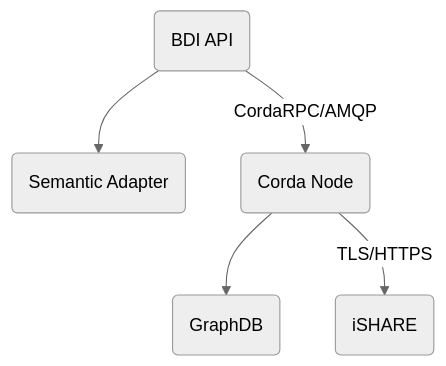
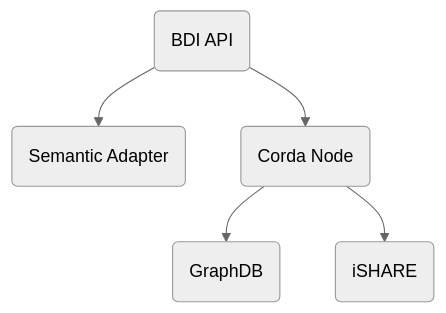
Before and after one commit to federatedplatforms/FEDeRATED-BDI: the diagram in README.md, drawn with Mermaid (neutral theme). The commit also changed other lines of this file and 1 other file, not shown here.

````diff
--- a/README.md
+++ b/README.md
@@ -16,7 +16,7 @@
 ```mermaid
 graph TD
     API(BDI API) --> SEM(Semantic Adapter)
-    API(BDI API) -- CordaRPC/AMQP --> CORDA(Corda Node)
+    API(BDI API) --> CORDA(Corda Node)
     CORDA --> GRAPHDB(GraphDB)
-    CORDA -- TLS/HTTPS --> ISHARE(iSHARE)
+    CORDA --> ISHARE(iSHARE)
 ```
````
